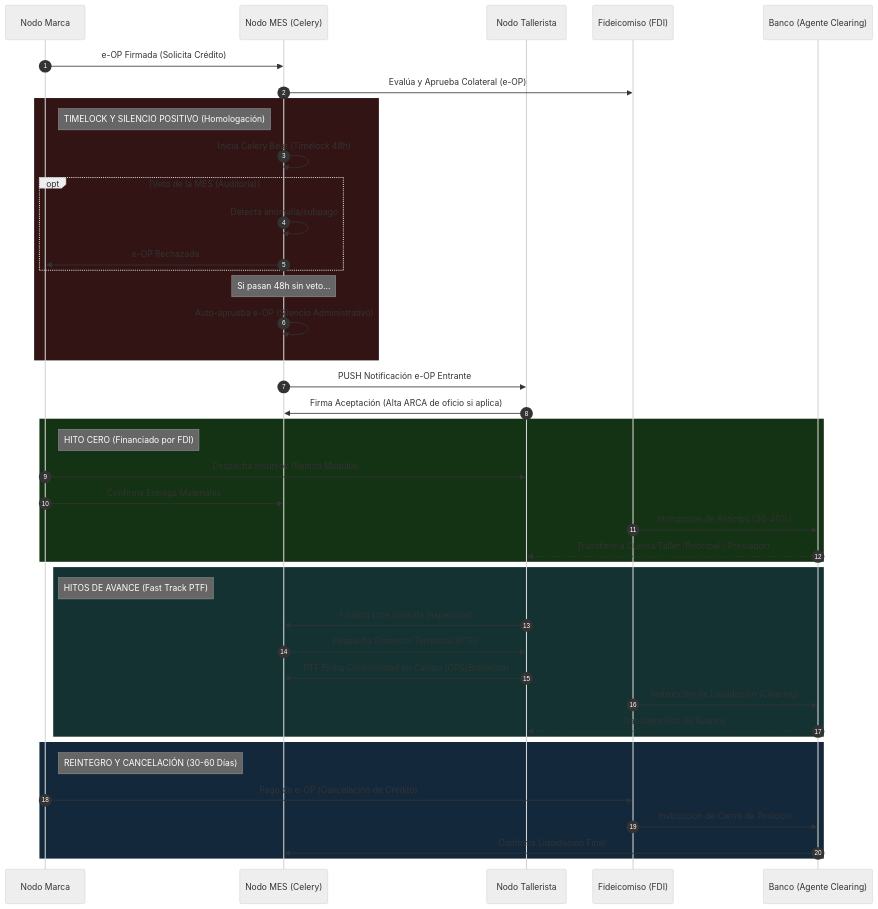
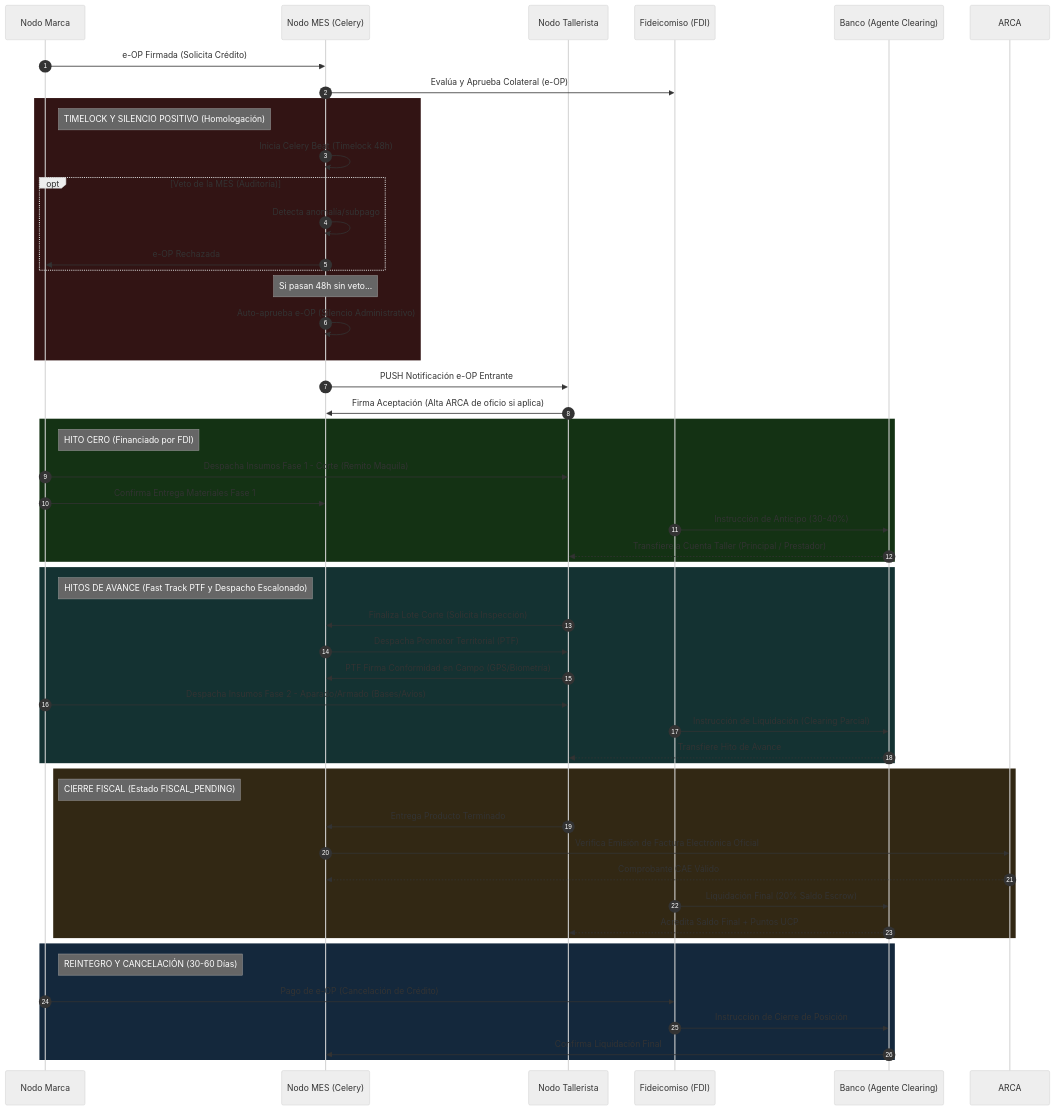
Before and after one commit to sarthouse/indinopy: the third of 8 diagrams in docs/arquitectura_funcional.md, drawn with Mermaid (neutral theme). The commit also changed other lines of this file and 12 other files, not shown here.

````diff
--- a/docs/arquitectura_funcional.md
+++ b/docs/arquitectura_funcional.md
@@ -145,50 +145,60 @@
 ```mermaid
 sequenceDiagram
     autonumber
     participant Marca as Nodo Marca
     participant MES as Nodo MES (Celery)
     participant Taller as Nodo Tallerista
     participant FDI as Fideicomiso (FDI)
     participant Banco as Banco (Agente Clearing)
     
     Marca->>MES: e-OP Firmada (Solicita Crédito)
     MES->>FDI: Evalúa y Aprueba Colateral (e-OP)
     
     rect rgb(50, 20, 20)
         Note right of Marca: TIMELOCK Y SILENCIO POSITIVO (Homologación)
         MES->>MES: Inicia Celery Beat (Timelock 48h)
         opt Veto de la MES (Auditoría)
             MES->>MES: Detecta anomalía/subpago
             MES->>Marca: e-OP Rechazada
         end
         Note over MES: Si pasan 48h sin veto...
         MES->>MES: Auto-aprueba e-OP (Silencio Administrativo)
     end
 
     MES->>Taller: PUSH Notificación e-OP Entrante
     Taller->>MES: Firma Aceptación (Alta ARCA de oficio si aplica)
     
     rect rgb(20, 50, 20)
         Note right of Marca: HITO CERO (Financiado por FDI)
-        Marca->>Taller: Despacha Insumos (Remito Maquila)
-        Marca->>MES: Confirma Entrega Materiales
+        Marca->>Taller: Despacha Insumos Fase 1 - Corte (Remito Maquila)
+        Marca->>MES: Confirma Entrega Materiales Fase 1
         FDI->>Banco: Instrucción de Anticipo (30-40%)
         Banco-->>Taller: Transfiere a Cuenta Taller (Principal / Prestador)
     end
     
     rect rgb(20, 50, 50)
-        Note right of Marca: HITOS DE AVANCE (Fast Track PTF)
-        Taller->>MES: Finaliza Lote (Solicita Inspección)
+        Note right of Marca: HITOS DE AVANCE (Fast Track PTF y Despacho Escalonado)
+        Taller->>MES: Finaliza Lote Corte (Solicita Inspección)
         MES->>Taller: Despacha Promotor Territorial (PTF)
         Taller->>MES: PTF Firma Conformidad en Campo (GPS/Biometría)
-        FDI->>Banco: Instrucción de Liquidación (Clearing)
+        Marca->>Taller: Despacha Insumos Fase 2 - Aparado/Armado (Bases/Avíos)
+        FDI->>Banco: Instrucción de Liquidación (Clearing Parcial)
         Banco-->>Taller: Transfiere Hito de Avance
+    end
+
+    rect rgb(50, 40, 20)
+        Note right of Marca: CIERRE FISCAL (Estado FISCAL_PENDING)
+        Taller->>MES: Entrega Producto Terminado
+        MES->>ARCA: Verifica Emisión de Factura Electrónica Oficial
+        ARCA-->>MES: Comprobante CAE Válido
+        FDI->>Banco: Liquidación Final (20% Saldo Escrow)
+        Banco-->>Taller: Acredita Saldo Final + Puntos UCP
     end
     
     rect rgb(20, 40, 60)
         Note right of Marca: REINTEGRO Y CANCELACIÓN (30-60 Días)
         Marca->>FDI: Pago de e-OP (Cancelación de Crédito)
         FDI->>Banco: Instrucción de Cierre de Posición
         Banco->>MES: Confirma Liquidación Final
     end
 ```
````
